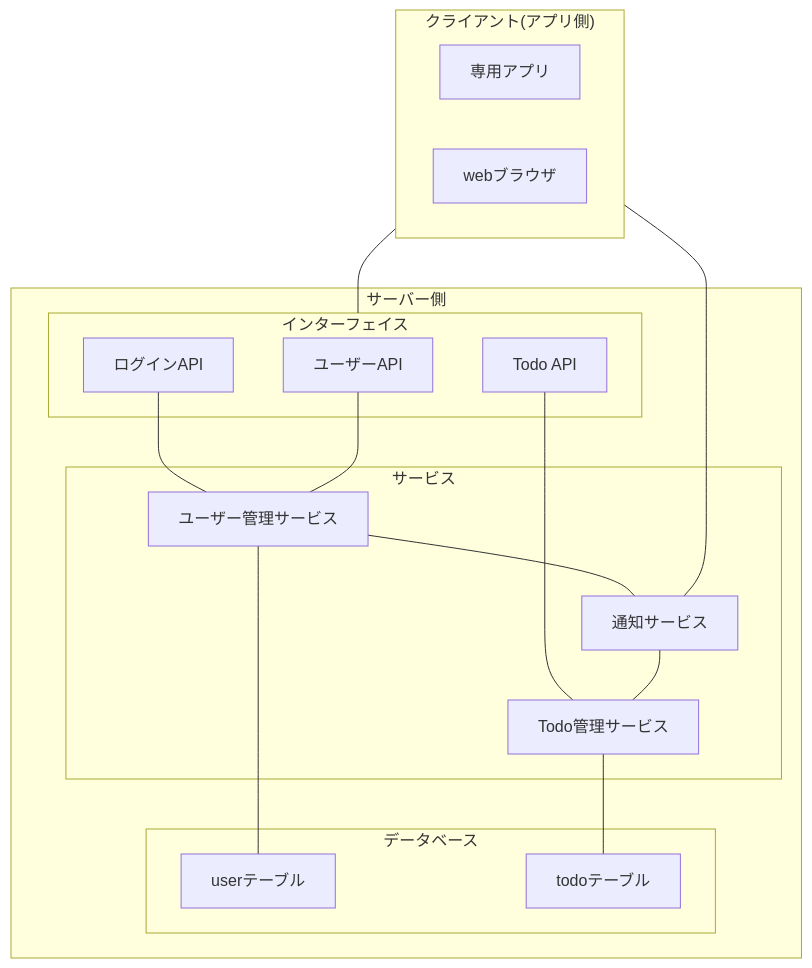
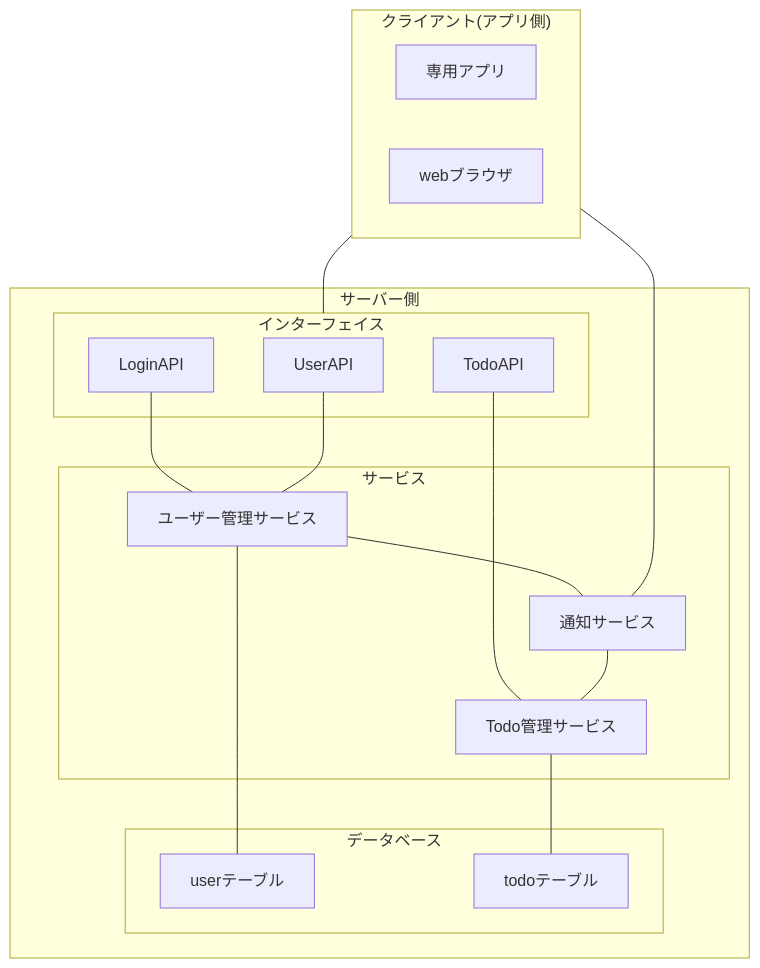
Before and after one commit to tam1192/MyTodoAppsDocs: the first of 4 diagrams in src/要件定義.md, drawn with Mermaid.

Commit message:
インターフェイスの項目に合わせ、英語名に変更

````diff
--- a/src/要件定義.md
+++ b/src/要件定義.md
@@ -40,43 +40,43 @@
 ```mermaid
 flowchart TD
    %% 機能定義
    subgraph client["クライアント(アプリ側)"]
       app["専用アプリ"]
       web["webブラウザ"]
    end
    subgraph server["サーバー側"]
       subgraph api["インターフェイス"]
-         userApi["ユーザーAPI"]
-         todoApi["Todo API"]
-         loginApi["ログインAPI"]
+         userApi["UserAPI"]
+         todoApi["TodoAPI"]
+         loginApi["LoginAPI"]
       end
       subgraph aps["サービス"]
          userManagementService["ユーザー管理サービス"]
          todoManagementService["Todo管理サービス"]
          notificationManagementService["通知サービス"]
       end
       subgraph db["データベース"]
          userDb["userテーブル"]
          todoDb["todoテーブル"]
       end
    end
 
    %% ログインシステムの関係
    client --- api
    loginApi --- userManagementService
 
    %% ユーザー管理関係
    userApi --- userManagementService
    userManagementService --- userDb
 
 
    %% Todo機能の関係
    todoApi --- todoManagementService
 
    todoManagementService --- todoDb
 
    %% 通知機能の関係
    userManagementService --- notificationManagementService
    notificationManagementService --- todoManagementService
    notificationManagementService --- client
 ```
````
